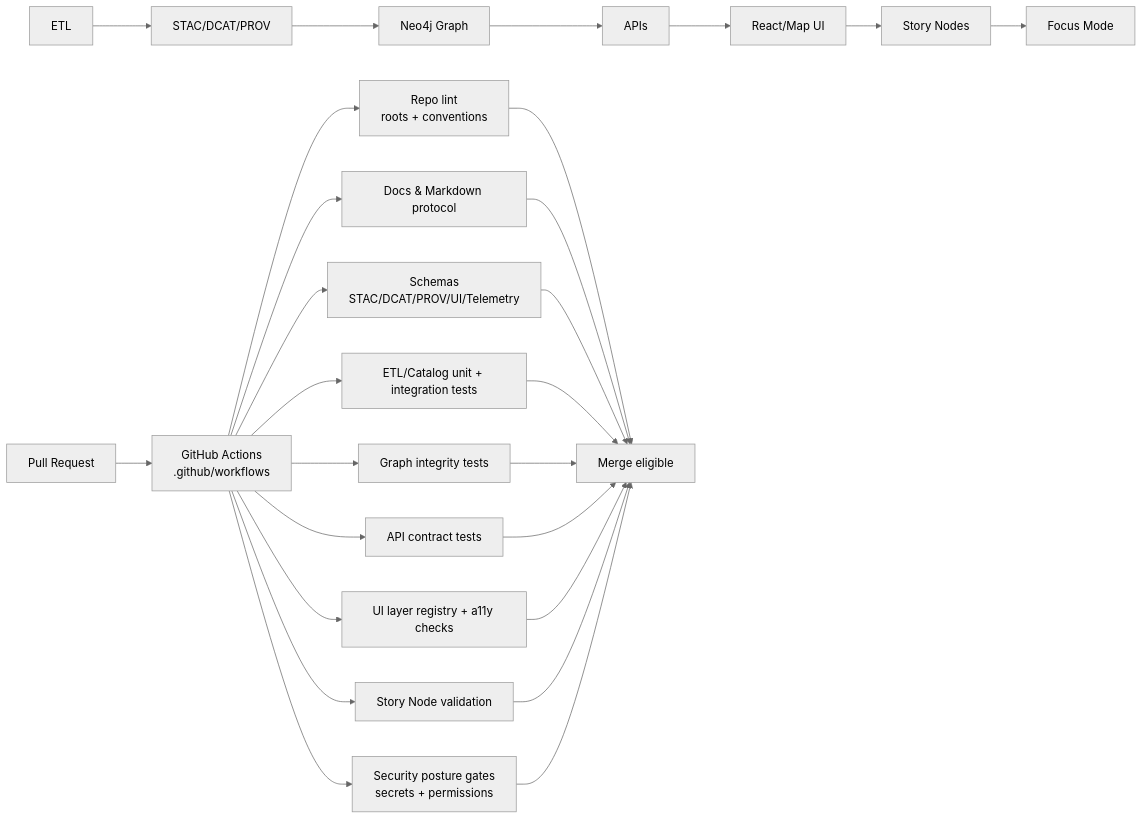
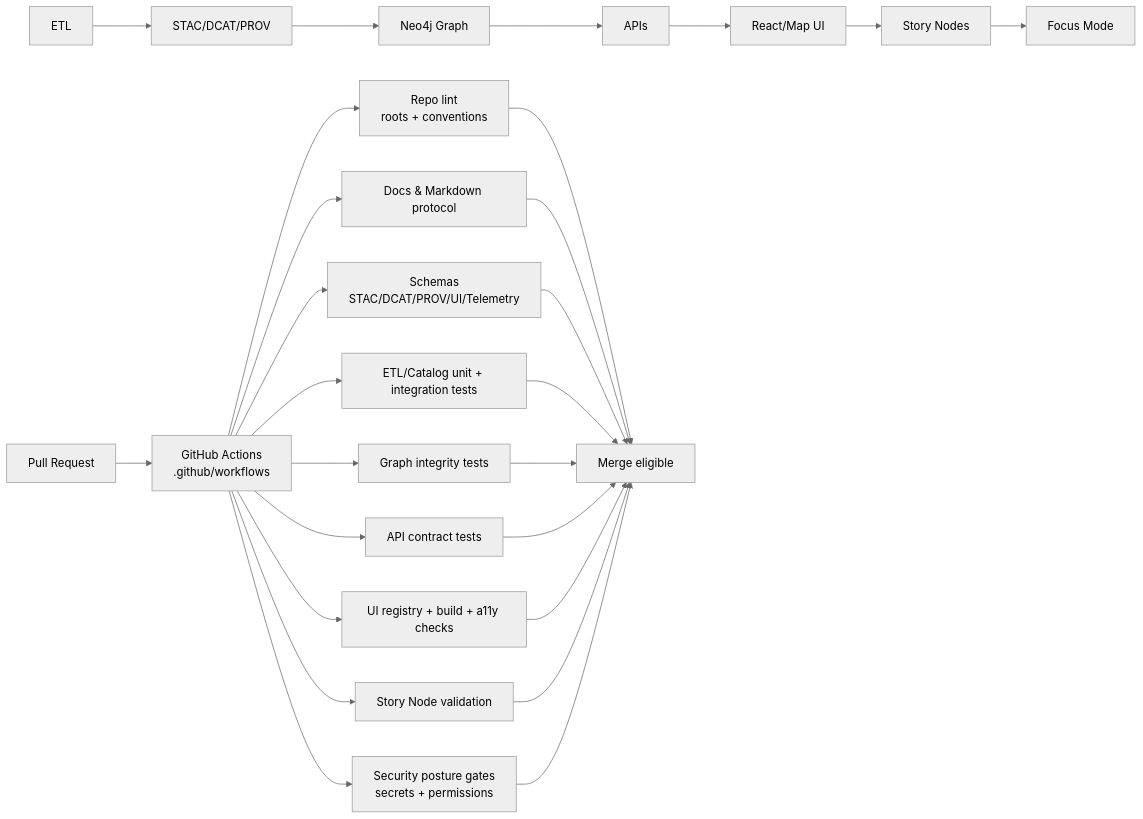
One commit to bartytime4life/Kansas-Frontier-Matrix changed the first of 2 diagrams in .github/README.md. Above: the diagram before and after it, drawn with Mermaid (neutral theme). The commit also changed other lines of this file, not shown here.

```diff
--- a/.github/README.md
+++ b/.github/README.md
@@ -252,26 +288,26 @@
 ~~~mermaid
 flowchart LR
   PR[Pull Request] --> CI[GitHub Actions<br/>.github/workflows]
 
   CI --> LINT[Repo lint<br/>roots + conventions]
   CI --> DOCS[Docs & Markdown protocol]
   CI --> SCHEMA[Schemas<br/>STAC/DCAT/PROV/UI/Telemetry]
   CI --> PIPE[ETL/Catalog unit + integration tests]
   CI --> GRAPH[Graph integrity tests]
   CI --> API[API contract tests]
-  CI --> UI[UI layer registry + a11y checks]
+  CI --> UI[UI registry + build + a11y checks]
   CI --> STORY[Story Node validation]
   CI --> SEC[Security posture gates<br/>secrets + permissions]
 
   ETL[ETL] --> CATS[STAC/DCAT/PROV] --> N4J[Neo4j Graph] --> APIS[APIs] --> WEB[React/Map UI] --> SN[Story Nodes] --> FM[Focus Mode]
 
   LINT --> OK[Merge eligible]
   DOCS --> OK
   SCHEMA --> OK
   PIPE --> OK
   GRAPH --> OK
   API --> OK
   UI --> OK
   STORY --> OK
   SEC --> OK
 ~~~
```
